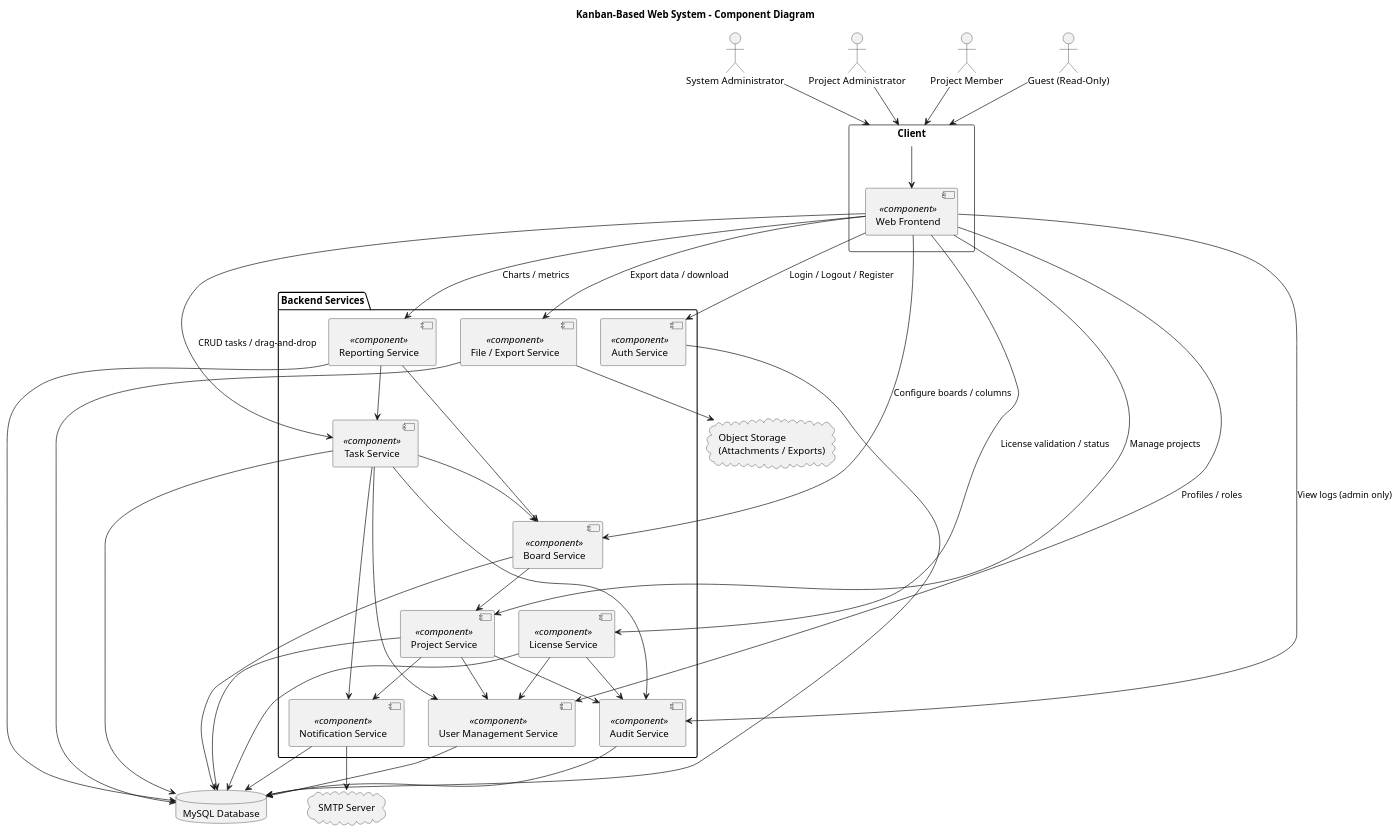
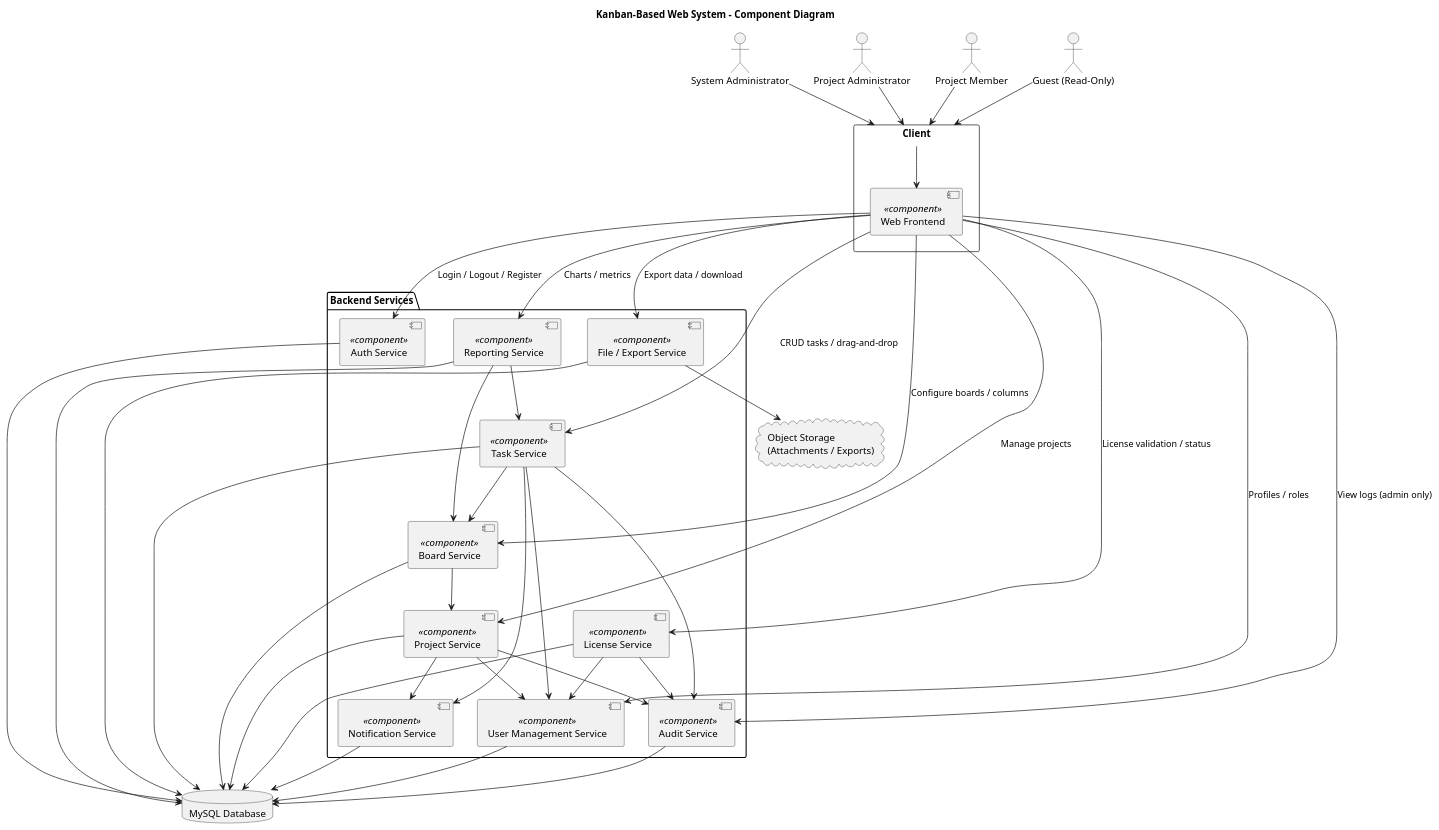
Before and after one commit to leannaflower/csci3100_group22: the fourth of 4 diagrams in requirement spcification.md, drawn with PlantUML. The commit also changed other lines of this file, not shown here.

````diff
--- a/requirement spcification.md
+++ b/requirement spcification.md
@@ -264,7 +250,6 @@
 
 database "MySQL Database" as DB
 cloud "Object Storage\n(Attachments / Exports)" as FS
-cloud "SMTP Server" as SMTP
 
 ' Actors to client
 Admin --> Client
@@ -319,7 +304,6 @@
 [File / Export Service] --> DB
 
 [File / Export Service] --> FS
-[Notification Service] --> SMTP
 
 @enduml
 ```
````
